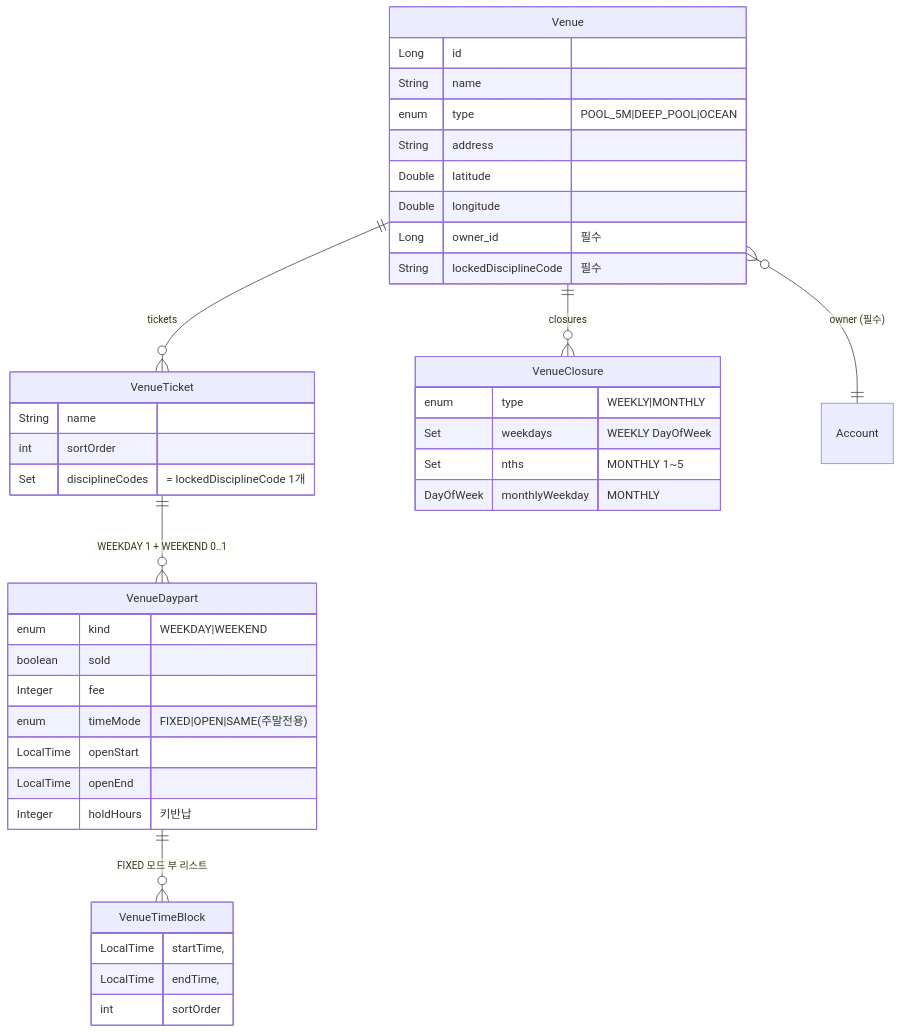
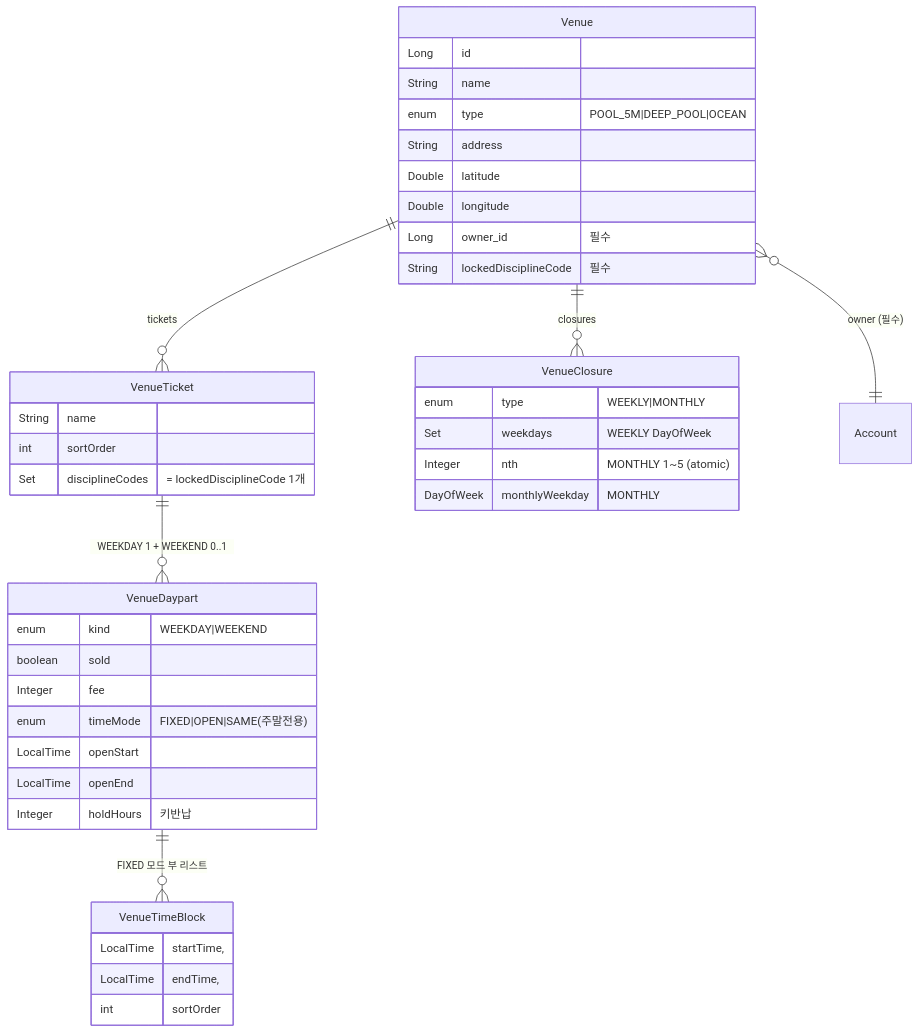
The fourth of 4 diagrams in docs/architecture/venue.md (pungdong/Pungdong-Backend), drawn with Mermaid before and after one commit. The commit also changed 10 other files, not shown here.

First line of the commit message:
Refactor: 정기휴무 월간을 atomic 모델로 (nths[] → nth)

````diff
--- a/docs/architecture/venue.md
+++ b/docs/architecture/venue.md
@@ -86,40 +86,40 @@
 ```mermaid
 erDiagram
   Venue ||--o{ VenueTicket : tickets
   Venue ||--o{ VenueClosure : closures
   VenueTicket ||--o{ VenueDaypart : "WEEKDAY 1 + WEEKEND 0..1"
   VenueDaypart ||--o{ VenueTimeBlock : "FIXED 모드 부 리스트"
   Venue }o--|| Account : "owner (필수)"
 
   Venue {
     Long id
     String name
     enum type "POOL_5M|DEEP_POOL|OCEAN"
     String address
     Double latitude
     Double longitude
     Long owner_id "필수"
     String lockedDisciplineCode "필수"
   }
   VenueTicket {
     String name
     int sortOrder
     Set disciplineCodes "= lockedDisciplineCode 1개"
   }
   VenueDaypart {
     enum kind "WEEKDAY|WEEKEND"
     boolean sold
     Integer fee
     enum timeMode "FIXED|OPEN|SAME(주말전용)"
     LocalTime openStart
     LocalTime openEnd
     Integer holdHours "키반납"
   }
   VenueTimeBlock { LocalTime startTime, LocalTime endTime, int sortOrder }
   VenueClosure {
     enum type "WEEKLY|MONTHLY"
     Set weekdays "WEEKLY DayOfWeek"
-    Set nths "MONTHLY 1~5"
+    Integer nth "MONTHLY 1~5 (atomic)"
     DayOfWeek monthlyWeekday "MONTHLY"
   }
 ```
````
